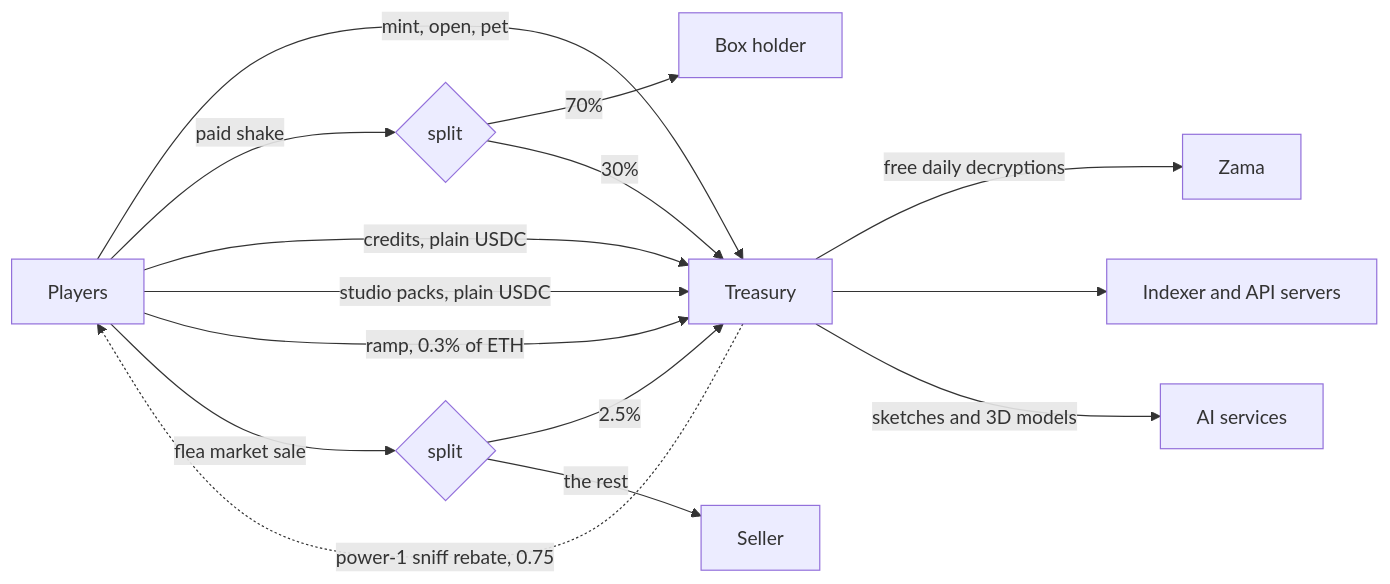
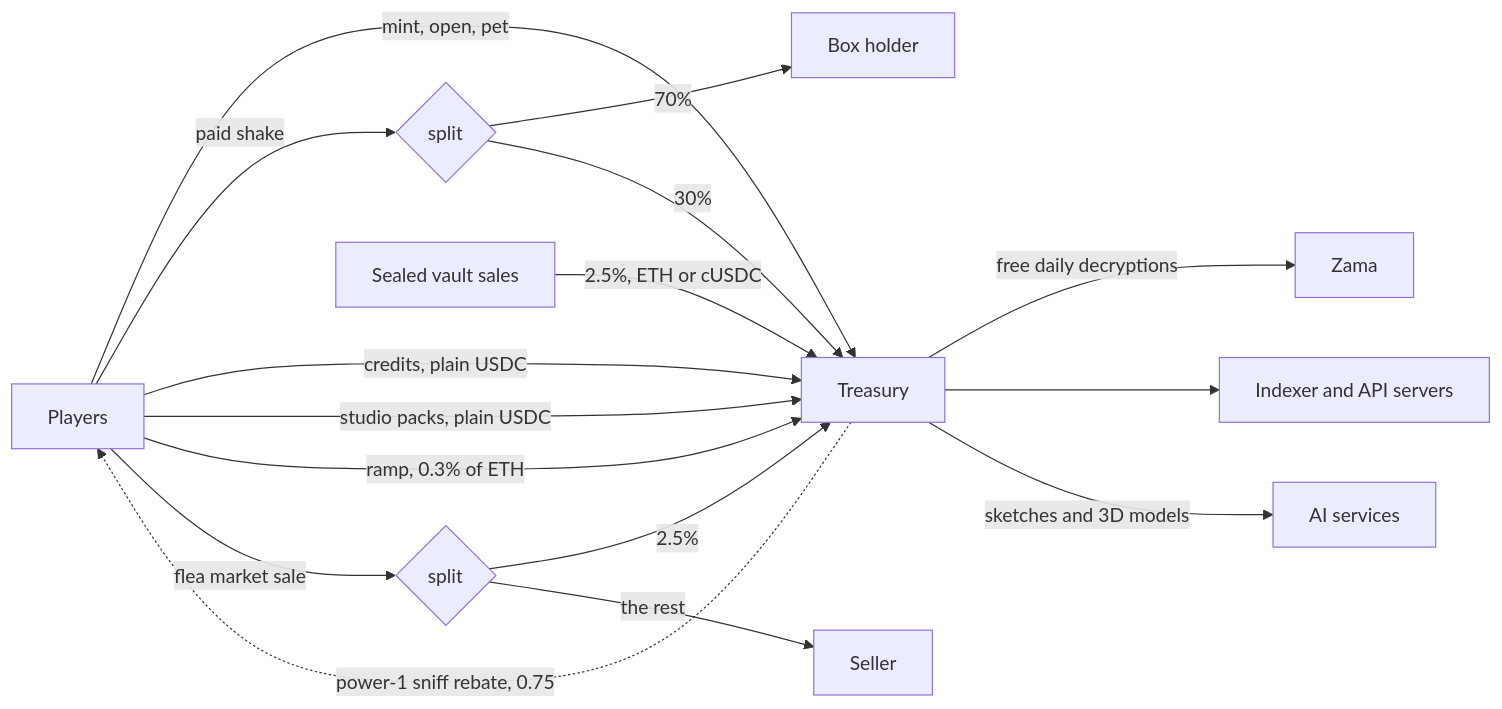
Diagram 37 of 44 in docs/FLOWS.md (jecombe/do_not_open), drawn with Mermaid before and after one commit. The commit also changed other lines of this file and 74 other files, not shown here.

Commit message:
Add the sealed vault, where any NFT sits in a box whose holder is encrypted and sells on Seaport or privately, and deploy it on Sepolia

````diff
--- a/docs/FLOWS.md
+++ b/docs/FLOWS.md
@@ -1199,17 +1266,18 @@
 ```mermaid
 flowchart LR
   P[Players] -- "mint, open, pet" --> T[Treasury]
   P -- "paid shake" --> S{split}
   S -- 70% --> H[Box holder]
   S -- 30% --> T
   T -. "power-1 sniff rebate, 0.75" .-> P
   P -- "credits, plain USDC" --> T
   P -- "studio packs, plain USDC" --> T
   P -- "ramp, 0.3% of ETH" --> T
   P -- "flea market sale" --> F{split}
   F -- "2.5%" --> T
   F -- "the rest" --> SE[Seller]
+  V[Sealed vault sales] -- "2.5%, ETH or cUSDC" --> T
   T -- "free daily decryptions" --> Z[Zama]
   T --> I[Indexer and API servers]
   T -- "sketches and 3D models" --> AI[AI services]
 ```
````
